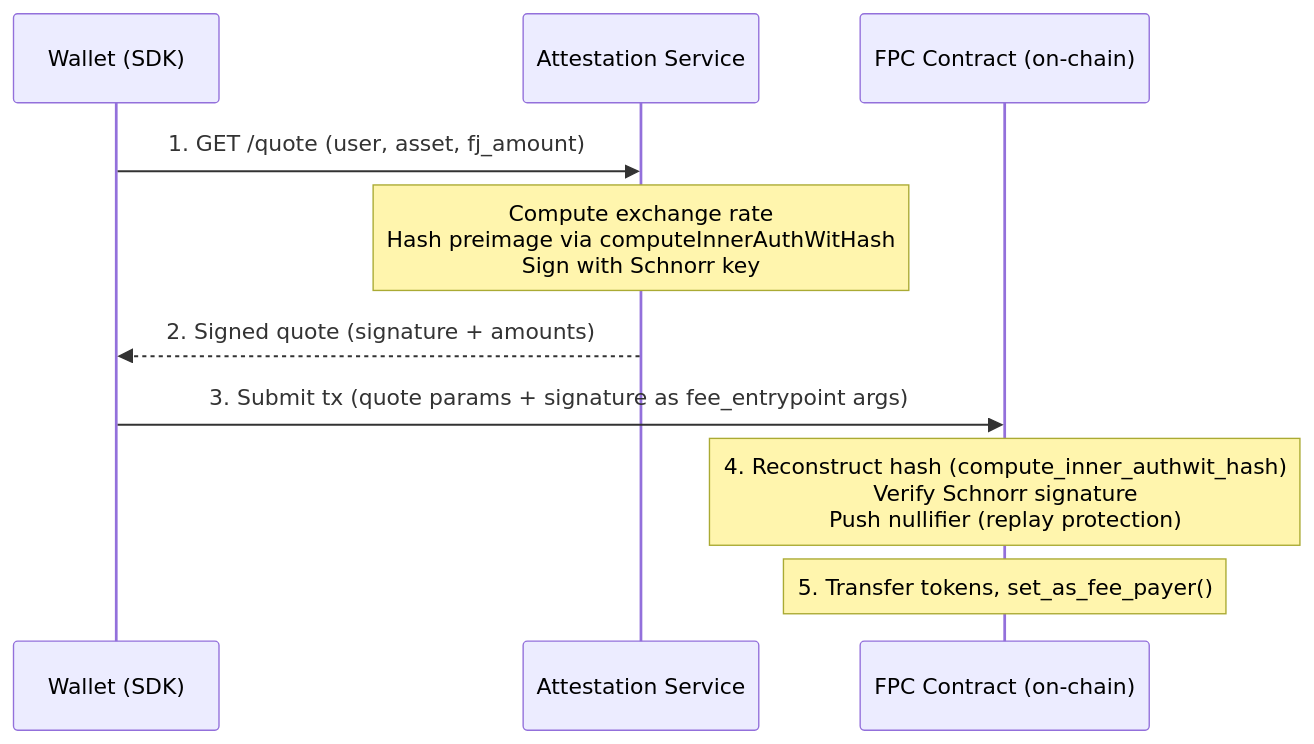
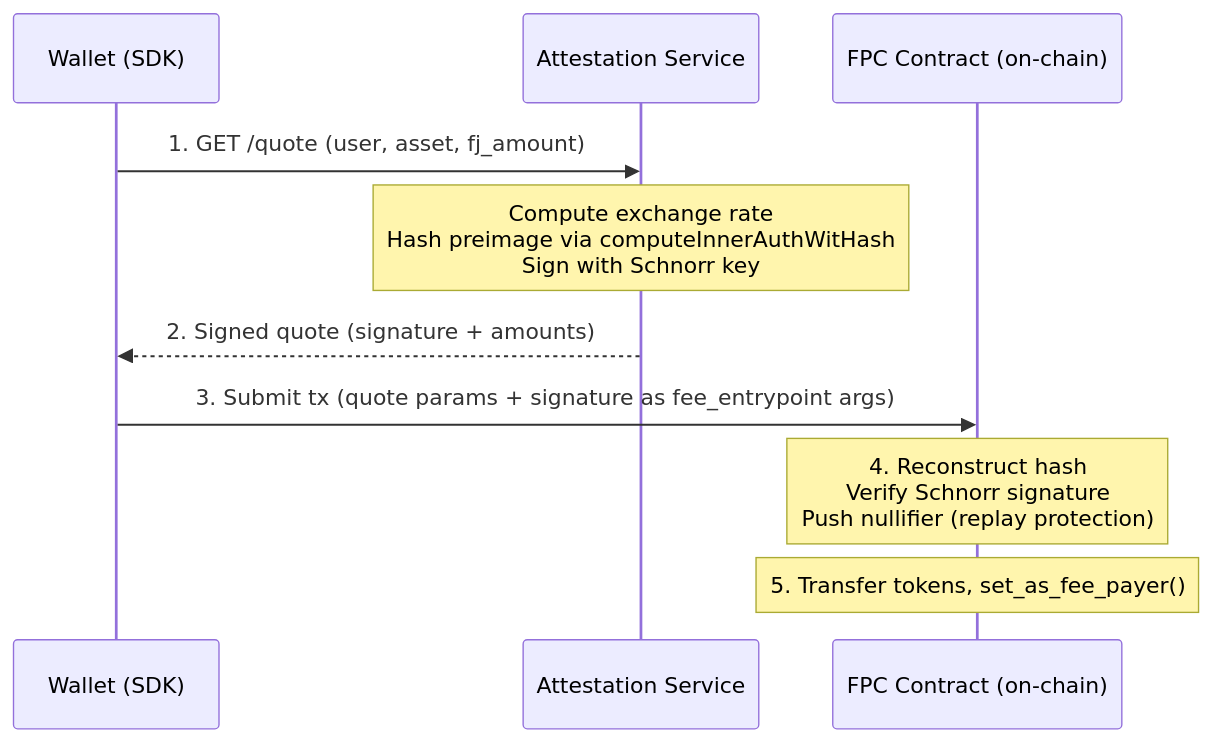
Before and after one commit to NethermindEth/aztec-fpc: the diagram in docs/quote-system.md, drawn with Mermaid. The commit also changed other lines of this file and 18 other files, not shown here.

````diff
--- a/docs/quote-system.md
+++ b/docs/quote-system.md
@@ -35,13 +30,13 @@
 ```mermaid
 sequenceDiagram
     participant W as Wallet (SDK)
     participant A as Attestation Service
     participant F as FPC Contract (on-chain)
 
     W->>A: 1. GET /quote (user, asset, fj_amount)
     Note over A: Compute exchange rate<br/>Hash preimage via computeInnerAuthWitHash<br/>Sign with Schnorr key
     A-->>W: 2. Signed quote (signature + amounts)
     W->>F: 3. Submit tx (quote params + signature as fee_entrypoint args)
-    Note over F: 4. Reconstruct hash (compute_inner_authwit_hash)<br/>Verify Schnorr signature<br/>Push nullifier (replay protection)
+    Note over F: 4. Reconstruct hash<br/>Verify Schnorr signature<br/>Push nullifier (replay protection)
     Note over F: 5. Transfer tokens, set_as_fee_payer()
 ```
````
